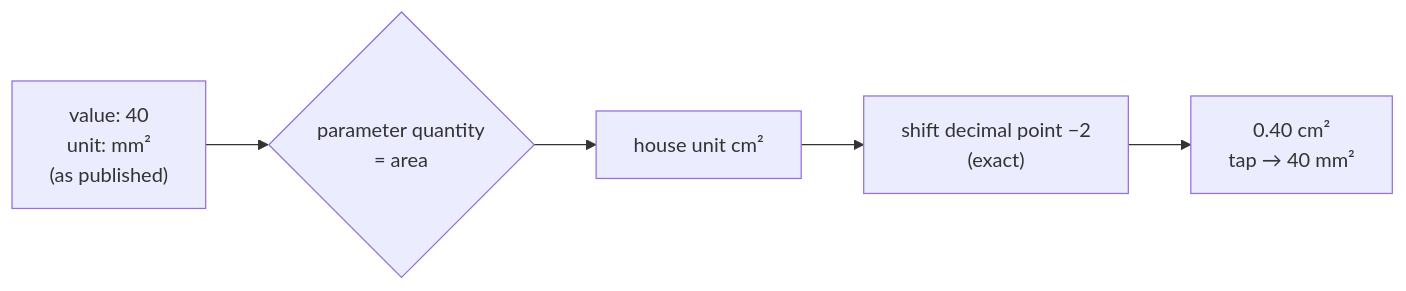
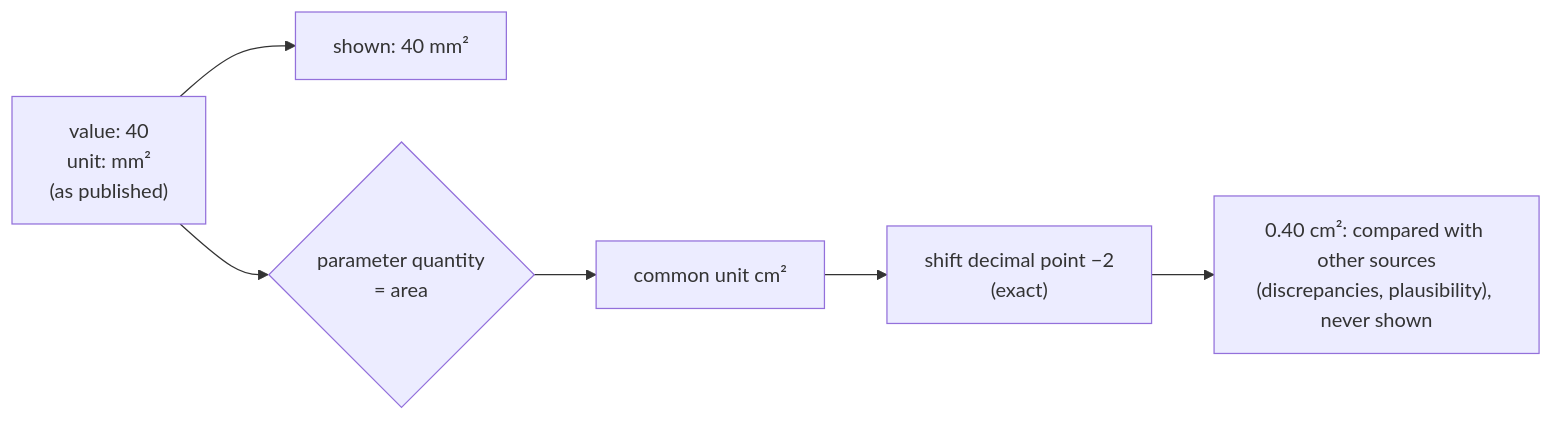
The diagram in docs/units.md (tudorgrigoriu90/valvia), drawn with Mermaid before and after one commit. The commit also changed other lines of this file and 22 other files, not shown here.

````diff
--- a/docs/units.md
+++ b/docs/units.md
@@ -14,7 +18,8 @@
 ```mermaid
 flowchart LR
-    yaml["value: 40<br/>unit: mm²<br/>(as published)"] --> q{"parameter quantity<br/>= area"}
-    q --> house["house unit cm²"]
-    house --> shift["shift decimal point −2<br/>(exact)"]
-    shift --> show["0.40 cm²<br/>tap → 40 mm²"]
+    yaml["value: 40<br/>unit: mm²<br/>(as published)"] --> show["shown: 40 mm²"]
+    yaml --> q{"parameter quantity<br/>= area"}
+    q --> common["common unit cm²"]
+    common --> shift["shift decimal point −2<br/>(exact)"]
+    shift --> cmp["0.40 cm²: compared with other sources<br/>(discrepancies, plausibility), never shown"]
 ```
````
